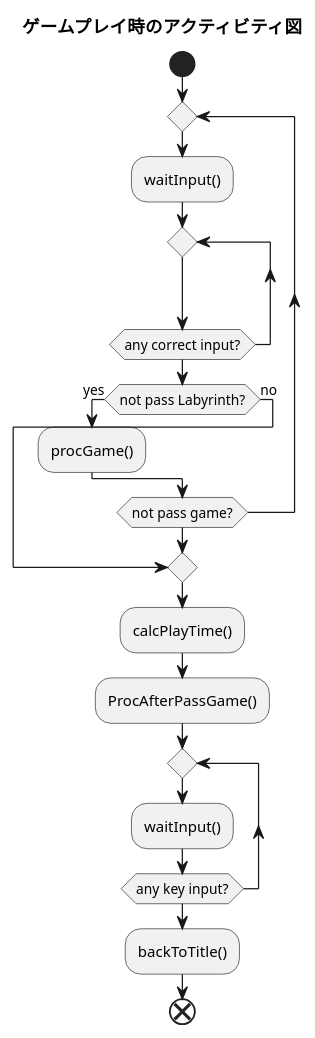
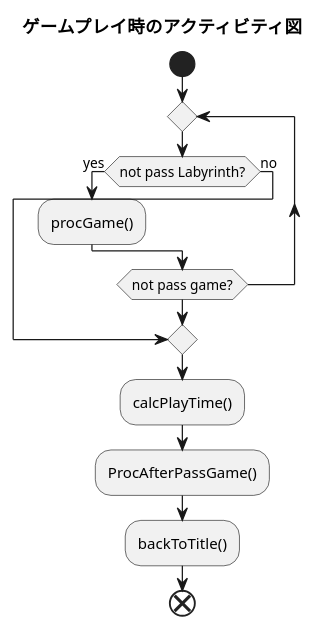
One commit to horiyoshihiro/LabyrinthGame changed the diagram in A_playGame.pu. Above: the diagram before and after it, drawn with PlantUML. The commit also changed 14 other files, not shown here.

Commit message:
アクティビティ図の修正@コメダ

```diff
--- a/A_playGame.pu
+++ b/A_playGame.pu
@@ -1,29 +1,21 @@
 @startuml
 
 title ゲームプレイ時のアクティビティ図
 
 start
-repeat
-    :waitInput();
+    repeat
+        if (not pass Labyrinth?) then (yes)
+            :procGame();
+        else (no)
+            break
+        endif
+    repeat while (not pass game?)
 
-    repeat
-    repeat while (any correct input?)
+    :calcPlayTime();
+    :ProcAfterPassGame();
 
-    if (not pass Labyrinth?) then (yes)
-        :procGame();
-    else (no)
-        break
-    endif
-repeat while (not pass game?)
-
-:calcPlayTime();
-:ProcAfterPassGame();
-repeat
-    :waitInput();
-repeat while (any key input?)
-
-:backToTitle();
+    :backToTitle();
 
 end
 
 @enduml
```
